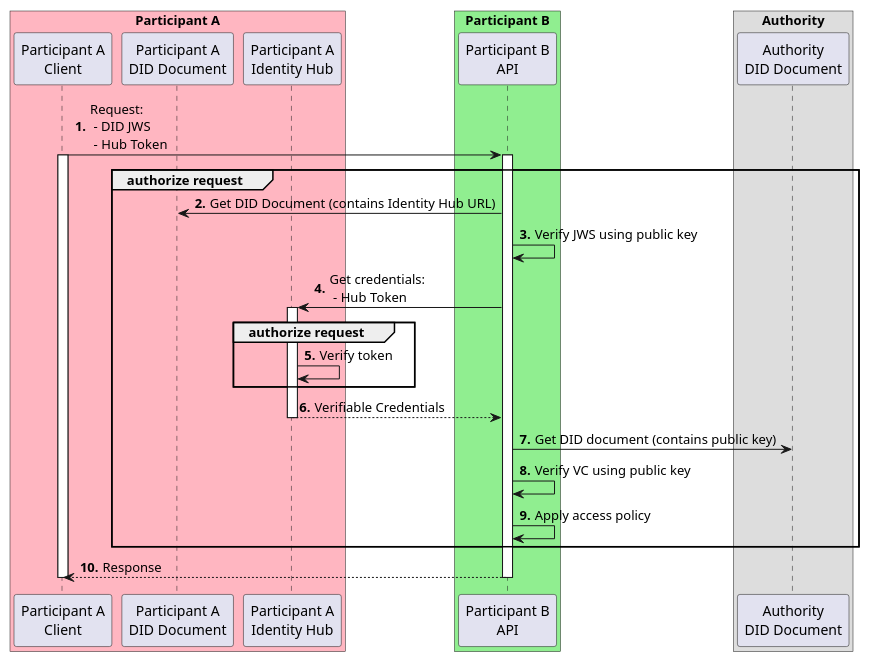
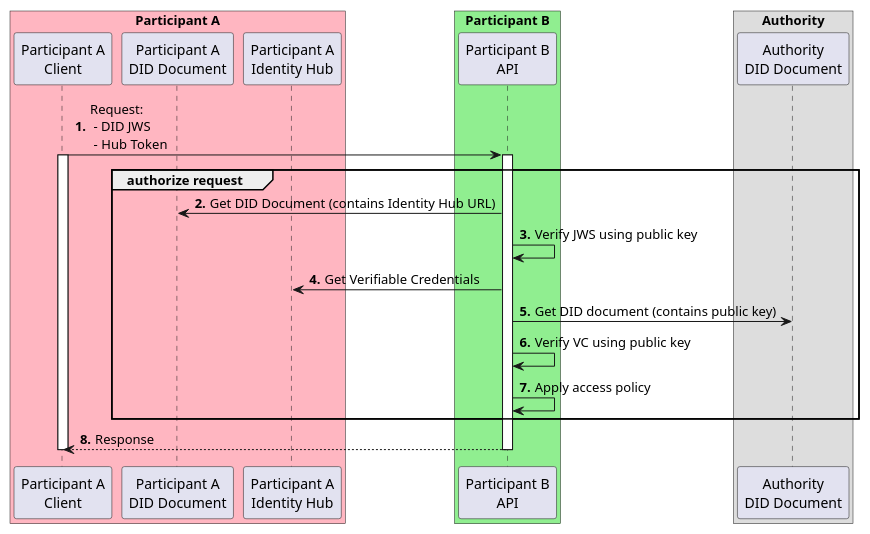
The diagram in docs/developer/decision-records/2022-06-16-distributed-authorization/distributed-authorization.puml (chrislomonico/MinimumViableDataspace), drawn with PlantUML before and after one commit. The commit also changed 2 other files, not shown here.

```diff
--- a/docs/developer/decision-records/2022-06-16-distributed-authorization/distributed-authorization.puml
+++ b/docs/developer/decision-records/2022-06-16-distributed-authorization/distributed-authorization.puml
@@ -1,31 +1,27 @@
 @startuml
 autonumber "<b>0'.'"
 box "Participant A" #LightPink
 Participant "Participant A\nClient" as ParticipantA
 Participant "Participant A\nDID Document" as DID
 Participant "Participant A\nIdentity Hub" as IDHUB
 end box
 box "Participant B" #LightGreen
 Participant "Participant B\nAPI" as B
 end box
 box "Authority"
 Participant "Authority\nDID Document" as Auth
 end box
 ParticipantA -> B ++: Request:\n - DID JWS\n - Hub Token
 activate ParticipantA
 group authorize request
   B -> DID: Get DID Document (contains Identity Hub URL)
   B -> B: Verify JWS using public key
-  B -> IDHUB ++: Get credentials:\n - Hub Token
-  group authorize request
-    IDHUB -> IDHUB: Verify token
-  end
-  return Verifiable Credentials
+  B -> IDHUB: Get Verifiable Credentials
   B -> Auth: Get DID document (contains public key)
   B -> B: Verify VC using public key
   B -> B: Apply access policy
 end
 return Response
 deactivate ParticipantA
 
 @enduml
```
